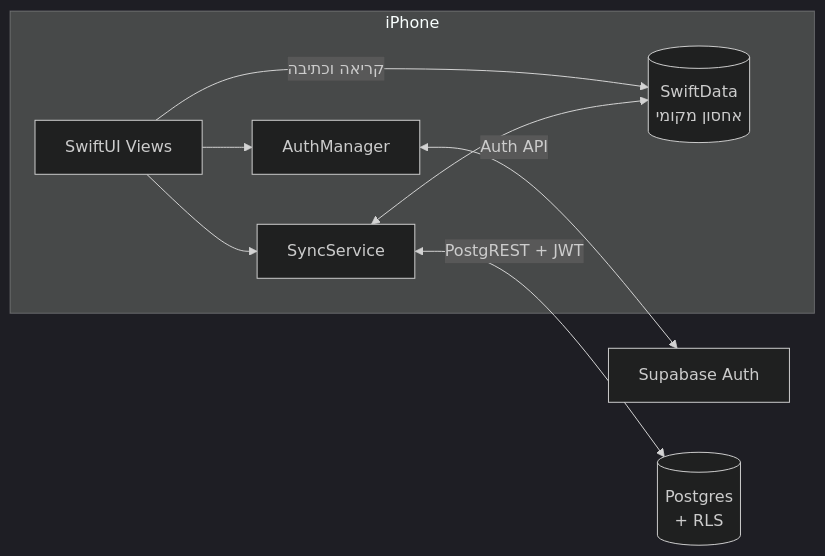
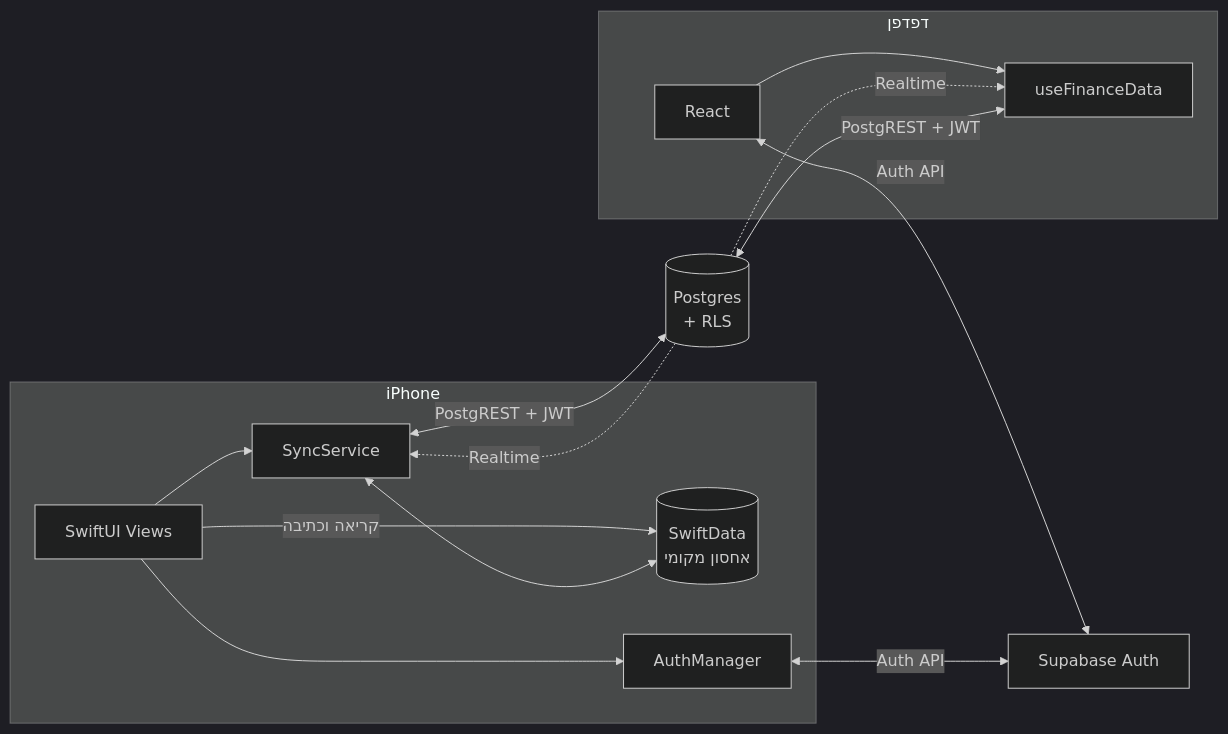
Before and after one commit to MikelBeizermam/MyMoney: the third of 3 diagrams in docs/SPEC.md, drawn with Mermaid (dark theme). The commit also changed other lines of this file and 56 other files, not shown here.

````diff
--- a/docs/SPEC.md
+++ b/docs/SPEC.md
@@ -144,11 +187,18 @@
 ```mermaid
 flowchart LR
     subgraph iPhone
         V[SwiftUI Views] -->|קריאה וכתיבה| SD[(SwiftData<br/>אחסון מקומי)]
         V --> AM[AuthManager]
         V --> SS[SyncService]
         SS <--> SD
     end
+    subgraph Browser[דפדפן]
+        R[React] --> H[useFinanceData]
+    end
     AM <-->|Auth API| SA[Supabase Auth]
+    R <-->|Auth API| SA
     SS <-->|PostgREST + JWT| DB[(Postgres<br/>+ RLS)]
+    H <-->|PostgREST + JWT| DB
+    DB -. Realtime .-> SS
+    DB -. Realtime .-> H
 ```
````
